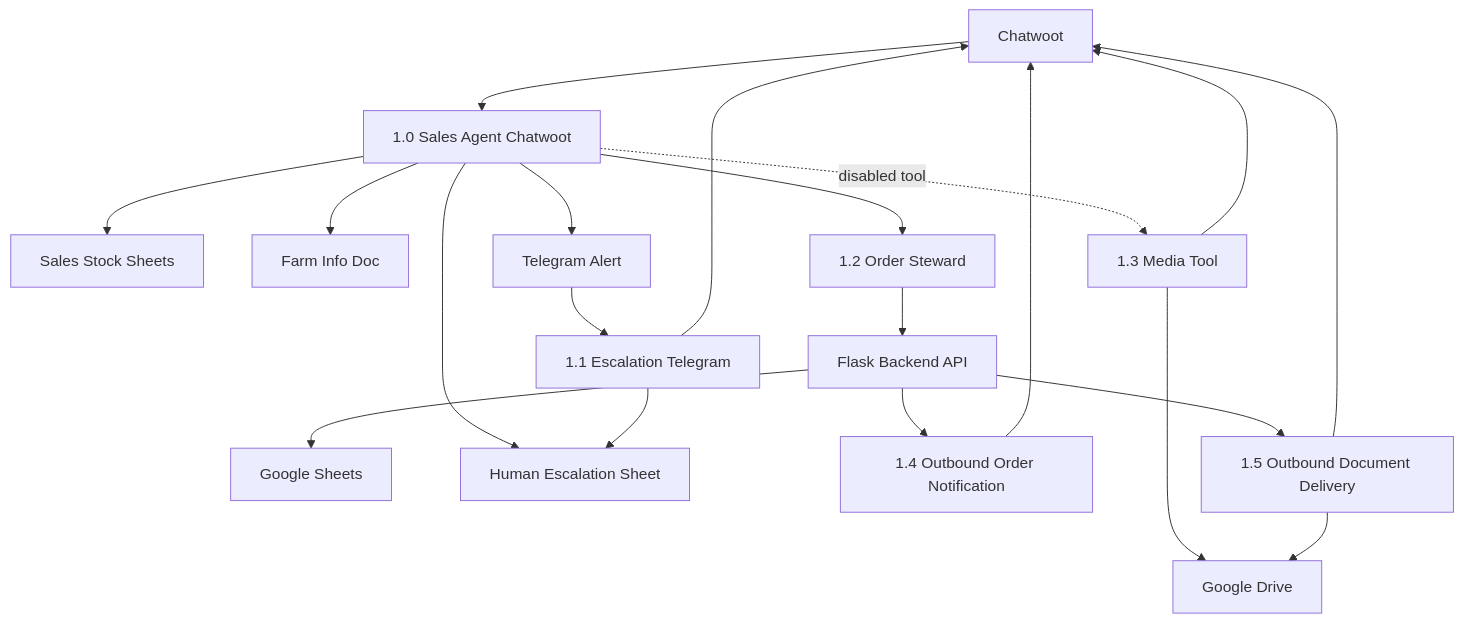
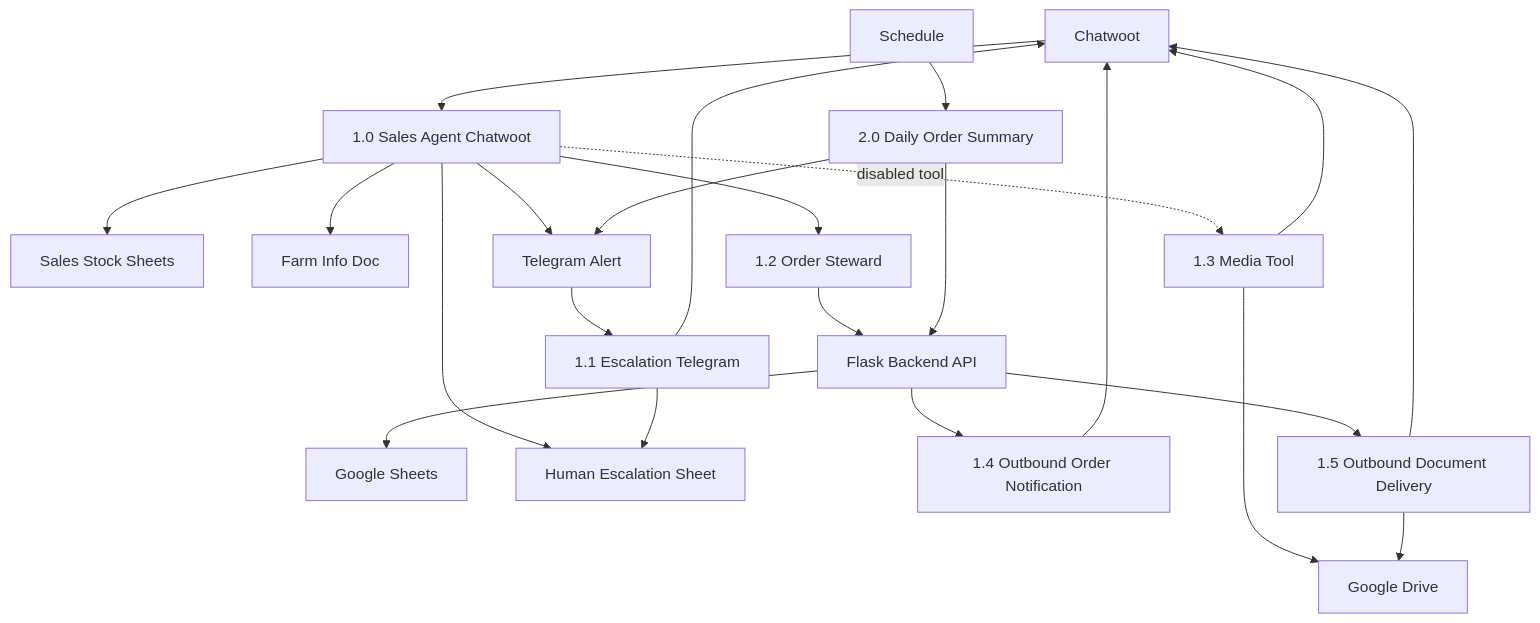
Before and after one commit to Crewless9086/amadeus-pig-tracking-system: the diagram in docs/04-n8n/README.md, drawn with Mermaid. The commit also changed other lines of this file and 13 other files, not shown here.

Commit message:
Codex - Phase 2.7 - Daily Summary

````diff
--- a/docs/04-n8n/README.md
+++ b/docs/04-n8n/README.md
@@ -41,22 +42,25 @@
 ```mermaid
 flowchart TD
   chatwoot[Chatwoot] --> workflow10["1.0 Sales Agent Chatwoot"]
   workflow10 --> sheetsSales["Sales Stock Sheets"]
   workflow10 --> farmDoc["Farm Info Doc"]
   workflow10 --> workflow12["1.2 Order Steward"]
   workflow12 --> backend["Flask Backend API"]
   backend --> googleSheets["Google Sheets"]
   workflow10 --> escalationSheet["Human Escalation Sheet"]
   workflow10 --> telegram[Telegram Alert]
   telegram --> workflow11["1.1 Escalation Telegram"]
   workflow11 --> chatwoot
   workflow11 --> escalationSheet
   workflow10 -. disabled tool .-> workflow13["1.3 Media Tool"]
   workflow13 --> googleDrive[Google Drive]
   workflow13 --> chatwoot
   backend --> workflow14["1.4 Outbound Order Notification"]
   workflow14 --> chatwoot
   backend --> workflow15["1.5 Outbound Document Delivery"]
   workflow15 --> googleDrive[Google Drive]
   workflow15 --> chatwoot
+  schedule["Schedule"] --> workflow20["2.0 Daily Order Summary"]
+  workflow20 --> backend
+  workflow20 --> telegram
 ```
````
